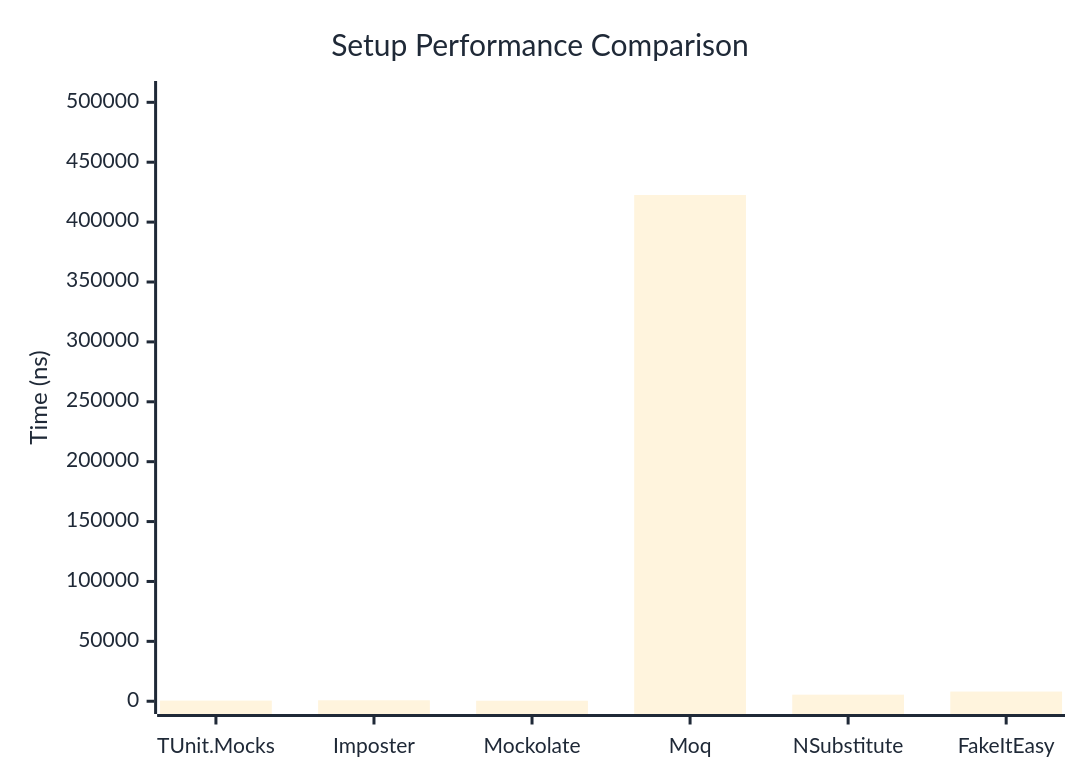
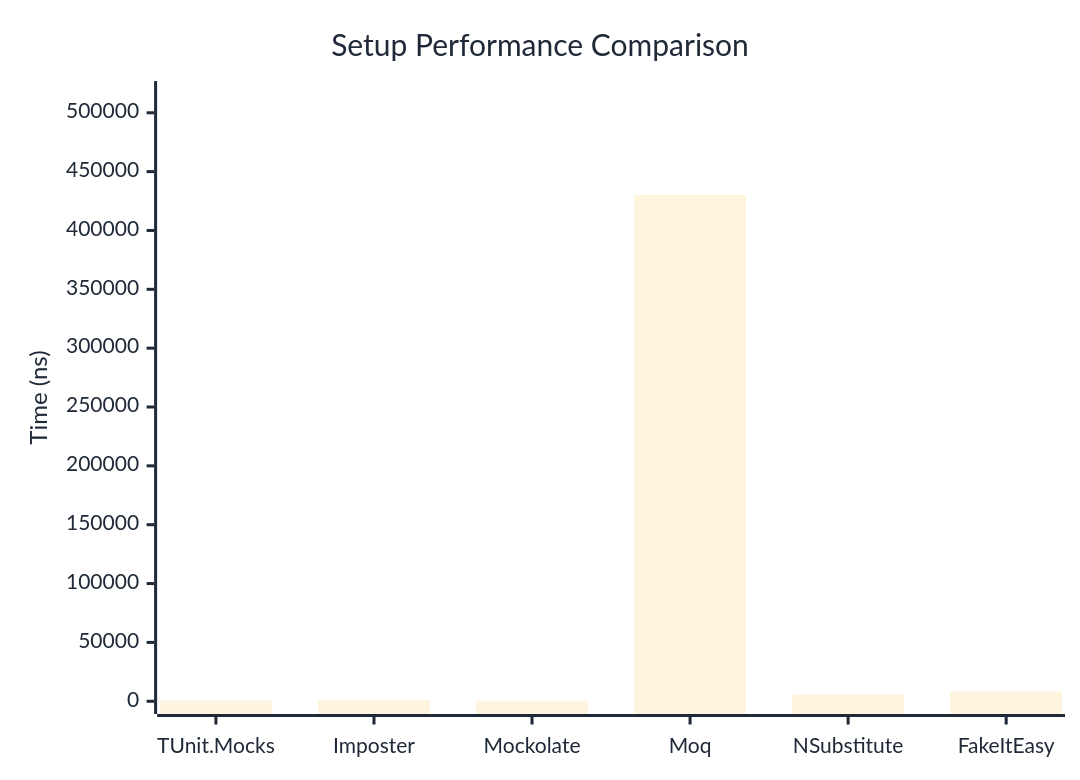
The first of 2 diagrams in docs/docs/benchmarks/mocks/Setup.md (thomhurst/TUnit), drawn with Mermaid before and after one commit. The commit also changed other lines of this file and 14 other files, not shown here.

````diff
--- a/docs/docs/benchmarks/mocks/Setup.md
+++ b/docs/docs/benchmarks/mocks/Setup.md
@@ -28,27 +28,27 @@
 ```mermaid
 %%{init: {
   'theme':'base',
   'themeVariables': {
     'primaryColor': '#2563eb',
     'primaryTextColor': '#1f2937',
     'primaryBorderColor': '#1e40af',
     'lineColor': '#6b7280',
     'secondaryColor': '#7c3aed',
     'tertiaryColor': '#dc2626',
     'background': '#ffffff',
     'pie1': '#2563eb',
     'pie2': '#7c3aed',
     'pie3': '#dc2626',
     'pie4': '#f59e0b',
     'pie5': '#10b981',
     'pie6': '#06b6d4',
     'pie7': '#ec4899',
     'pie8': '#6366f1'
   }
 }}%%
 xychart-beta
   title "Setup Performance Comparison"
   x-axis ["TUnit.Mocks", "Imposter", "Mockolate", "Moq", "NSubstitute", "FakeItEasy"]
-  y-axis "Time (ns)" 0 --> 507159
-  bar [542.7, 808.1, 438, 422632.5, 5494.1, 8080.6]
+  y-axis "Time (ns)" 0 --> 516155
+  bar [570.6, 869.7, 483.5, 430129, 5671.9, 8448.2]
 ```
````
